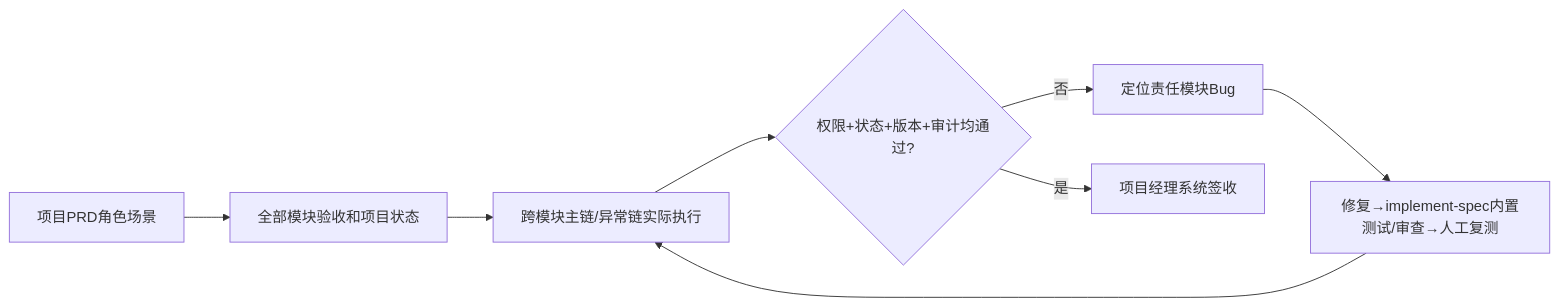
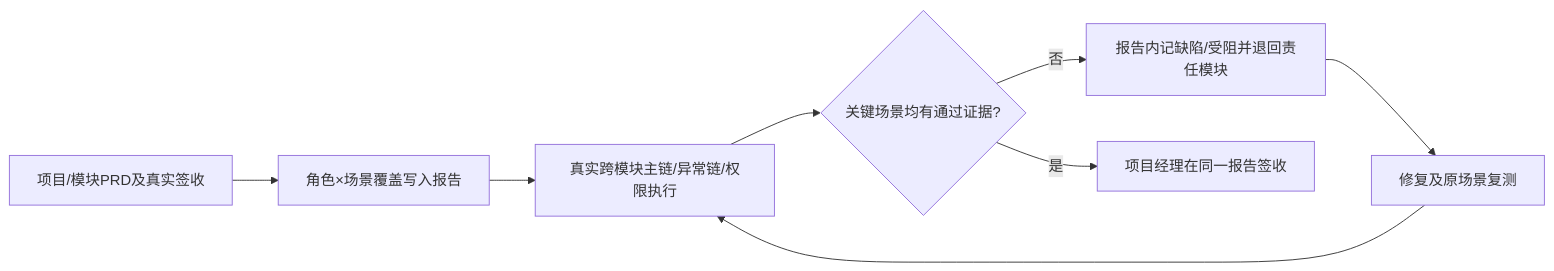
Before and after one commit to wamper64/dev-workflow: the diagram in skills/system-acceptance/SKILL.md, drawn with Mermaid. The commit also changed other lines of this file, not shown here.

````diff
--- a/skills/system-acceptance/SKILL.md
+++ b/skills/system-acceptance/SKILL.md
@@ -47,10 +51,10 @@
 ```mermaid
 flowchart LR
-  A[项目PRD角色场景] --> B[全部模块验收和项目状态]
-  B --> C[跨模块主链/异常链实际执行]
-  C --> D{权限+状态+版本+审计均通过?}
-  D -- 否 --> E[定位责任模块Bug]
-  E --> F[修复→implement-spec内置测试/审查→人工复测]
+  A[项目/模块PRD及真实签收] --> B[角色×场景覆盖写入报告]
+  B --> C[真实跨模块主链/异常链/权限执行]
+  C --> D{关键场景均有通过证据?}
+  D -- 否 --> E[报告内记缺陷/受阻并退回责任模块]
+  E --> F[修复及原场景复测]
   F --> C
-  D -- 是 --> G[项目经理系统签收]
+  D -- 是 --> G[项目经理在同一报告签收]
 ```
````
